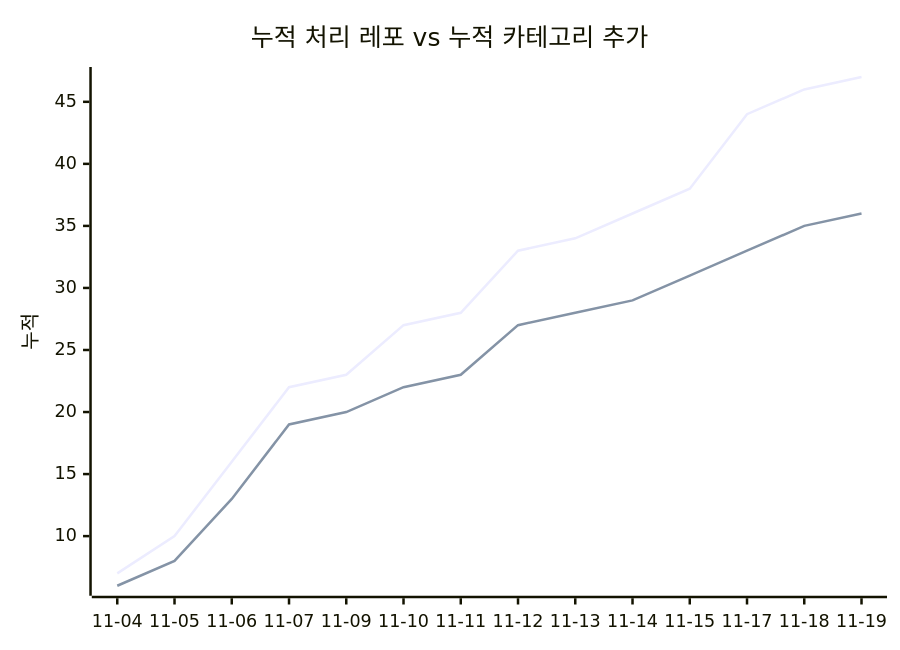
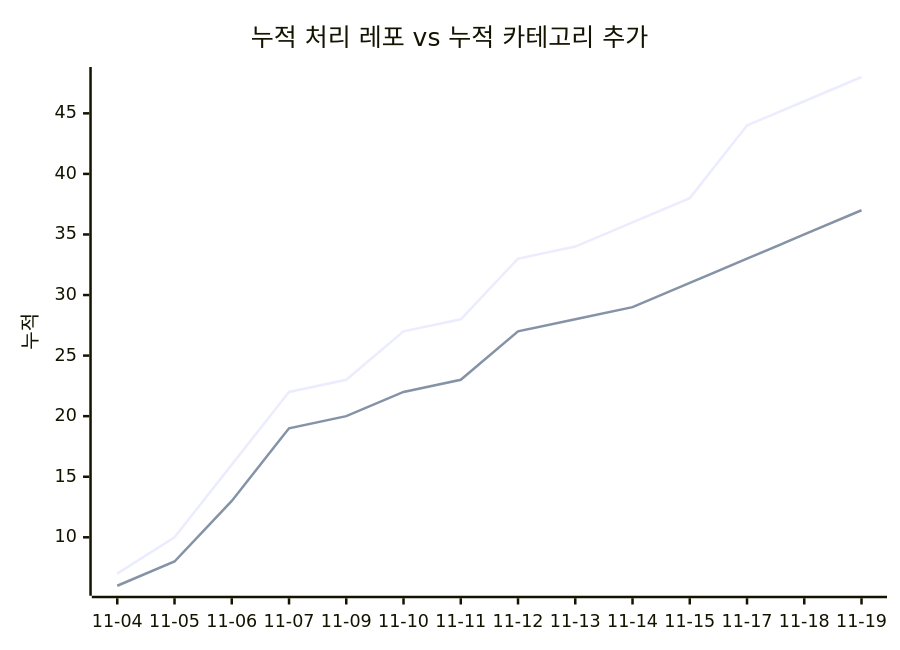
One commit to J-nowcow/awesome-korean-agent-skills changed the second of 2 diagrams in docs/trends.md. Above: the diagram before and after it, drawn with Mermaid. The commit also changed other lines of this file and 3 other files, not shown here.

````diff
--- a/docs/trends.md
+++ b/docs/trends.md
@@ -68,8 +68,8 @@
 ```mermaid
 xychart-beta
     title "누적 처리 레포 vs 누적 카테고리 추가"
     x-axis ["11-04","11-05","11-06","11-07","11-09","11-10","11-11","11-12","11-13","11-14","11-15","11-17","11-18","11-19"]
     y-axis "누적"
-    line [7,10,16,22,23,27,28,33,34,36,38,44,46,47]
-    line [6,8,13,19,20,22,23,27,28,29,31,33,35,36]
+    line [7,10,16,22,23,27,28,33,34,36,38,44,46,48]
+    line [6,8,13,19,20,22,23,27,28,29,31,33,35,37]
 ```
````
